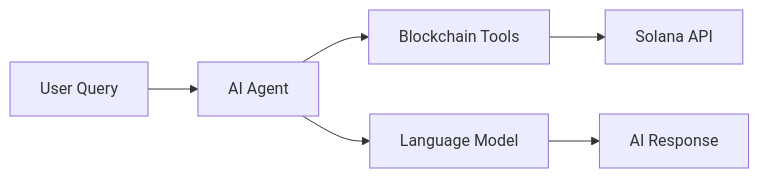
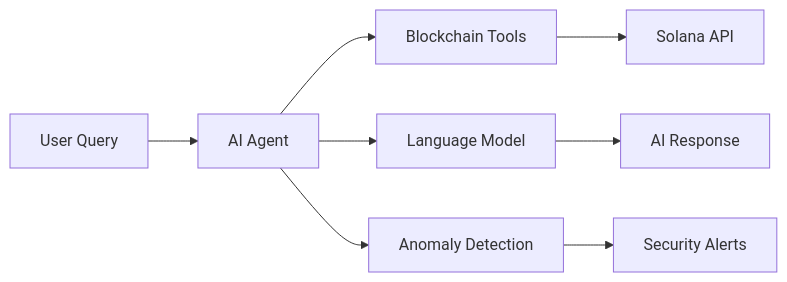
One commit to openSVM/opensvm changed the fourth of 6 diagrams in docs/ARCHITECTURE.md. Above: the diagram before and after it, drawn with Mermaid. The commit also changed other lines of this file and 5 other files, not shown here.

Commit message:
Complete real-time blockchain monitoring with AI anomaly detection integration and documentation

````diff
--- a/docs/ARCHITECTURE.md
+++ b/docs/ARCHITECTURE.md
@@ -102,8 +111,10 @@
 ```mermaid
 graph LR
     Query[User Query] --> Agent[AI Agent]
     Agent --> Tools[Blockchain Tools]
     Tools --> SolanaAPI[Solana API]
     Agent --> LLM[Language Model]
+    Agent --> AnomalyDetector[Anomaly Detection]
+    AnomalyDetector --> Alerts[Security Alerts]
     LLM --> Response[AI Response]
 ```
````
